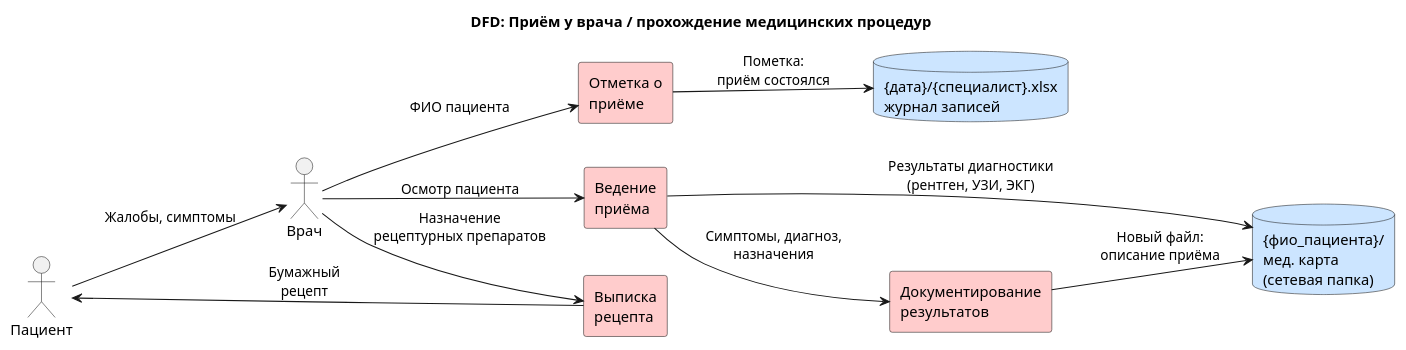
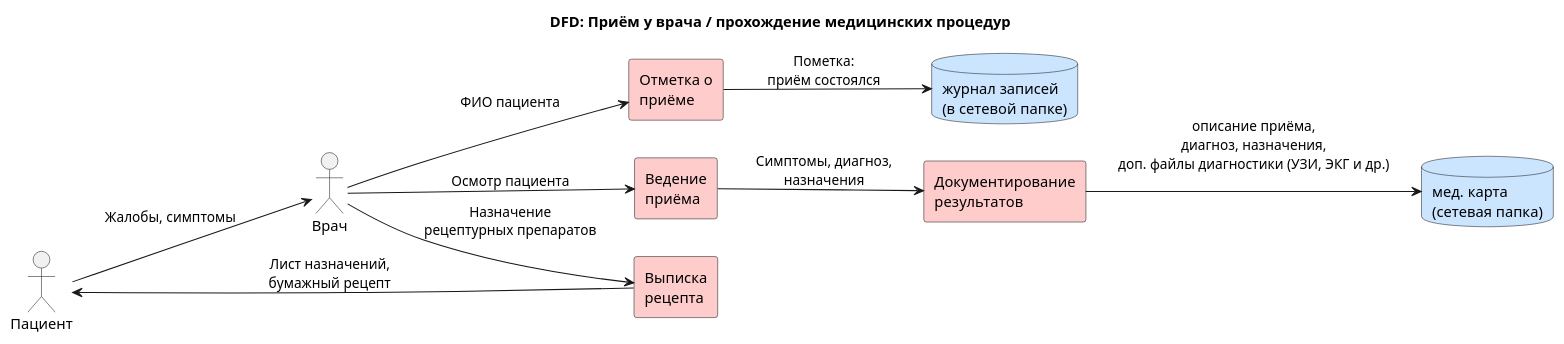
Before and after one commit to Felix-neko/architecture-medikamente: the diagram in task_1_analysis/data_flow_diagrams/as_is/05_doctor_appointment.puml, drawn with PlantUML. The commit also changed 1 other file, not shown here.

Commit message:
Слекгка причесали диаграммки...

```diff
--- a/task_1_analysis/data_flow_diagrams/as_is/05_doctor_appointment.puml
+++ b/task_1_analysis/data_flow_diagrams/as_is/05_doctor_appointment.puml
@@ -1,38 +1,38 @@
 @startuml
 ' Диаграмма потока данных: Приём у врача
 left to right direction
 title DFD: Приём у врача / прохождение медицинских процедур
 
 skinparam rectangle {
   BackgroundColor #FFCCCC
 }
 skinparam database {
   BackgroundColor #CCE5FF
 }
 
 ' Участники (человечки)
 actor "Пациент" as patient
 actor "Врач" as doctor
 
 ' Хранилища данных (базы данных)
-database "{дата}/{специалист}.xlsx\nжурнал записей" as schedule_db
-database "{фио_пациента}/\nмед. карта\n(сетевая папка)" as med_card
+database "журнал записей\n(в сетевой папке)" as schedule_db
+database "мед. карта\n(сетевая папка)" as med_card
 
 ' Процессы (прямоугольники)
 rectangle "Отметка о\nприёме" as mark_visit
 rectangle "Ведение\nприёма" as conduct_visit
 rectangle "Документирование\nрезультатов" as document_results
 rectangle "Выписка\nрецепта" as prescription
 
 ' Потоки данных
 patient --> doctor : Жалобы, симптомы
 doctor --> mark_visit : ФИО пациента
 mark_visit --> schedule_db : Пометка:\nприём состоялся
 doctor --> conduct_visit : Осмотр пациента
 conduct_visit --> document_results : Симптомы, диагноз,\nназначения
-document_results --> med_card : Новый файл:\nописание приёма
-conduct_visit --> med_card : Результаты диагностики\n(рентген, УЗИ, ЭКГ)
+document_results --> med_card : описание приёма,\nдиагноз, назначения,\nдоп. файлы диагностики (УЗИ, ЭКГ и др.)\n
+
 doctor --> prescription : Назначение\nрецептурных препаратов
-prescription --> patient : Бумажный\nрецепт
+prescription --> patient : Лист назначений,\nбумажный рецепт
 
 @enduml
```
